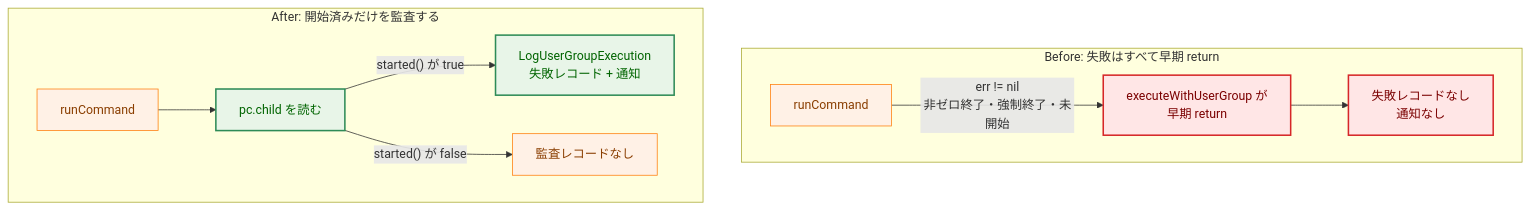
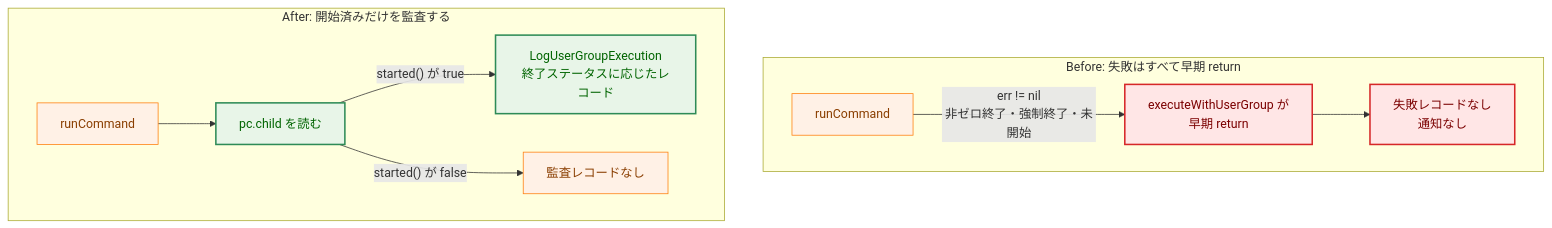
One commit to isseis/go-safe-cmd-runner changed the second of 7 diagrams in docs/tasks/0174_user_group_command_failure_audit_wiring/02_architecture.md. Above: the diagram before and after it, drawn with Mermaid. The commit also changed other lines of this file, not shown here.

````diff
--- a/docs/tasks/0174_user_group_command_failure_audit_wiring/02_architecture.md
+++ b/docs/tasks/0174_user_group_command_failure_audit_wiring/02_architecture.md
@@ -88,23 +88,23 @@
 ```mermaid
 flowchart TD
     classDef data fill:#e6f7ff,stroke:#1f77b4,stroke-width:1px,color:#0b3d91;
     classDef process fill:#fff1e6,stroke:#ff7f0e,stroke-width:1px,color:#8a3e00;
     classDef problem fill:#ffe6e6,stroke:#d62728,stroke-width:2px,color:#7b0000;
     classDef enhanced fill:#e8f5e8,stroke:#2e8b57,stroke-width:2px,color:#006400;
 
     subgraph Before["Before: 失敗はすべて早期 return"]
         RC1["runCommand"] -->|"err != nil<br>非ゼロ終了・強制終了・未開始"| RET1["executeWithUserGroup が<br>早期 return"]
         RET1 --> GAP1["失敗レコードなし<br>通知なし"]
         class RET1,GAP1 problem
     end
 
     subgraph After["After: 開始済みだけを監査する"]
         RC2["runCommand"] --> ST2["pc.child を読む"]
-        ST2 -->|"started() が true"| AUD["LogUserGroupExecution<br>失敗レコード + 通知"]
+        ST2 -->|"started() が true"| AUD["LogUserGroupExecution<br>終了ステータスに応じたレコード"]
         ST2 -->|"started() が false"| GAP2["監査レコードなし"]
         class ST2,AUD enhanced
         class GAP2 process
     end
 
     class RC1,RC2 process
 ```
````
